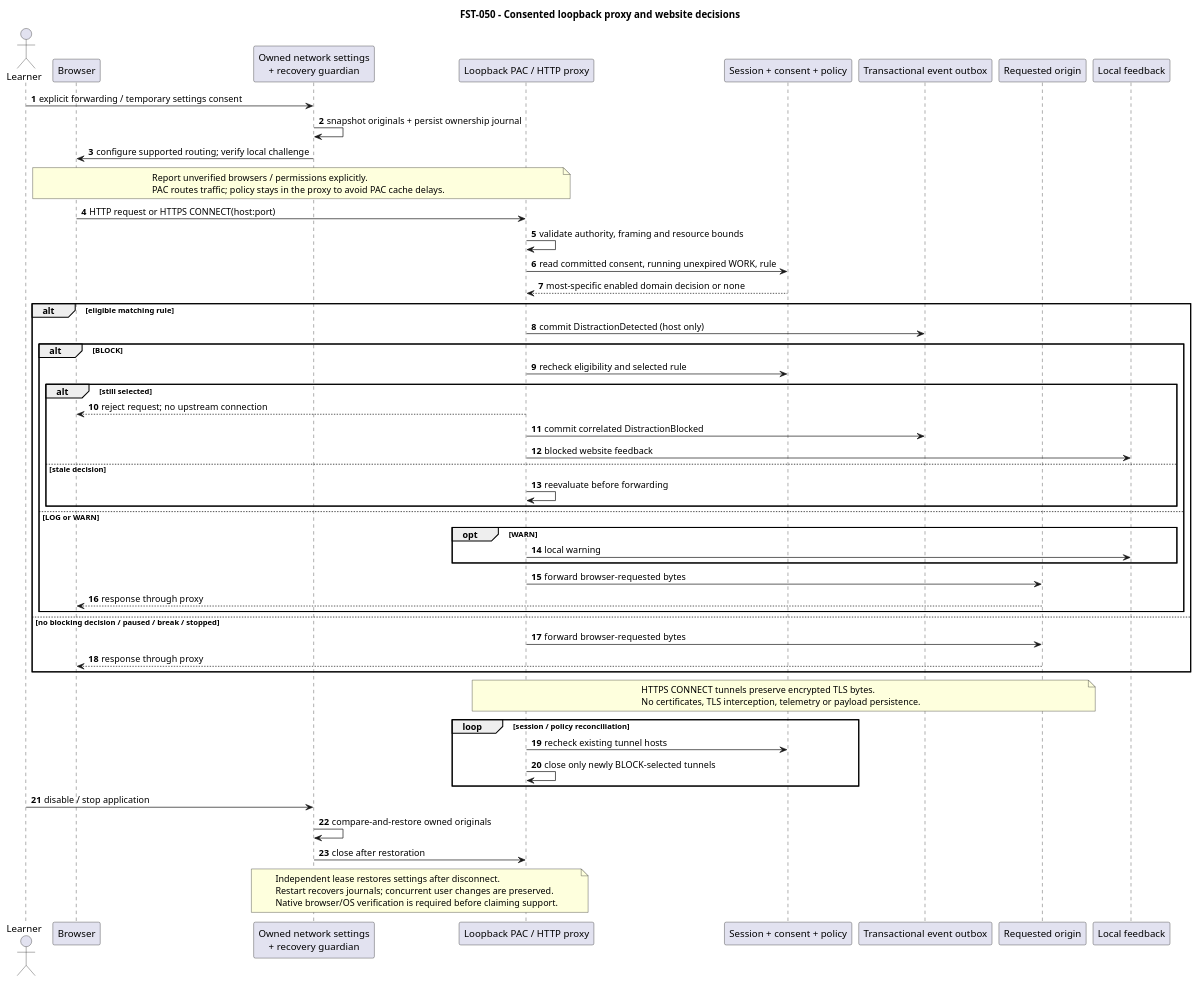
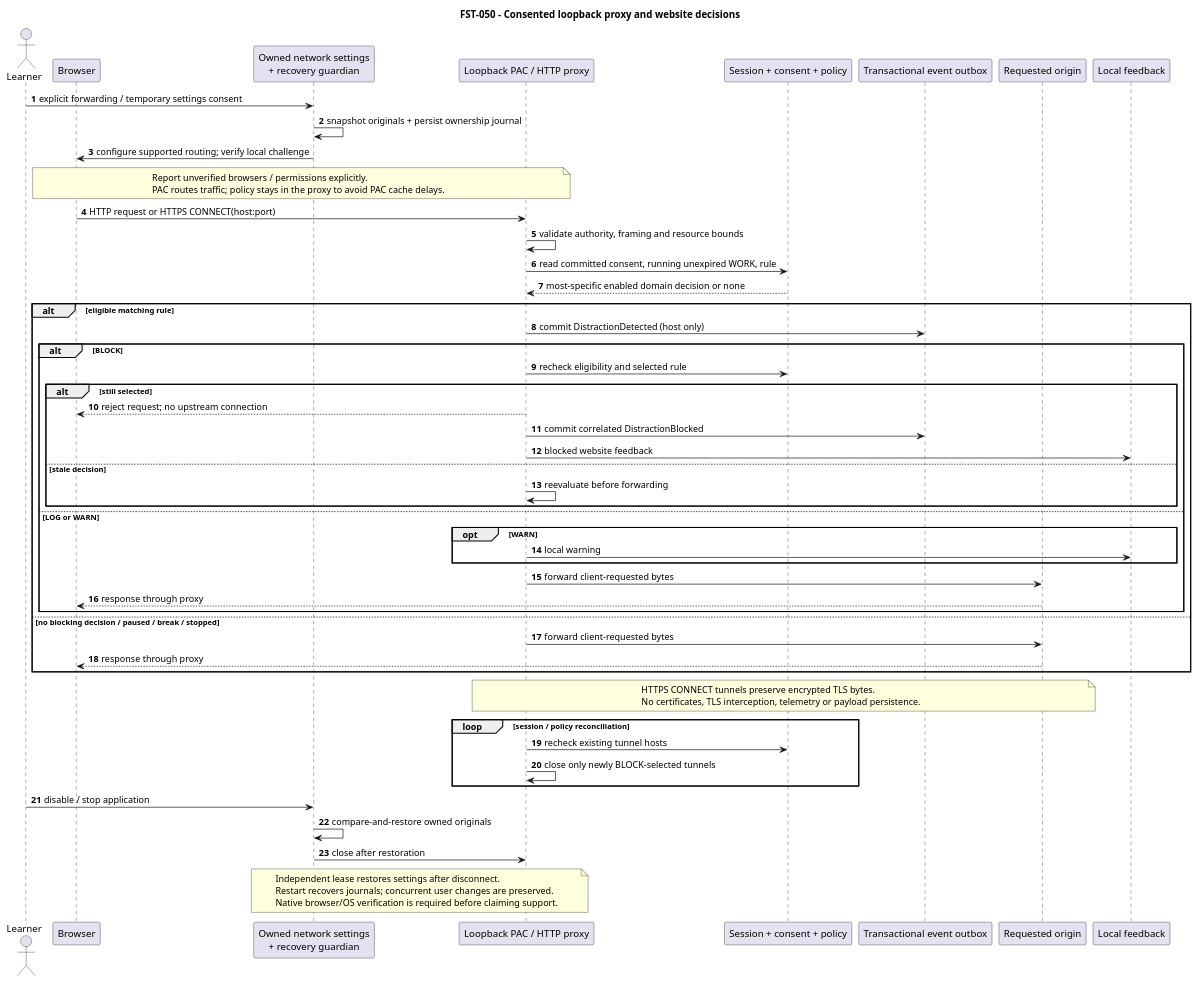
Before and after one commit to MiguelRibeiro1210/Focus-and-Study-Tracking: the diagram in docs/SD/SD_DetectAndBlockWebsite.puml, drawn with PlantUML. The commit also changed 5 other files, not shown here.

First line of the commit message:
docs(blocking): clarify consent for system proxy client traffic

```diff
--- a/docs/SD/SD_DetectAndBlockWebsite.puml
+++ b/docs/SD/SD_DetectAndBlockWebsite.puml
@@ -1,61 +1,61 @@
 @startuml
 title FST-050 - Consented loopback proxy and website decisions
 autonumber
 actor Learner
 participant Browser
 participant "Owned network settings\n+ recovery guardian" as Settings
 participant "Loopback PAC / HTTP proxy" as Proxy
 participant "Session + consent + policy" as Current
 participant "Transactional event outbox" as Events
 participant "Requested origin" as Origin
 participant "Local feedback" as UI
 Learner -> Settings : explicit forwarding / temporary settings consent
 Settings -> Settings : snapshot originals + persist ownership journal
 Settings -> Browser : configure supported routing; verify local challenge
 note over Browser, Proxy
   Report unverified browsers / permissions explicitly.
   PAC routes traffic; policy stays in the proxy to avoid PAC cache delays.
 end note
 Browser -> Proxy : HTTP request or HTTPS CONNECT(host:port)
 Proxy -> Proxy : validate authority, framing and resource bounds
 Proxy -> Current : read committed consent, running unexpired WORK, rule
 Current --> Proxy : most-specific enabled domain decision or none
 alt eligible matching rule
   Proxy -> Events : commit DistractionDetected (host only)
   alt BLOCK
     Proxy -> Current : recheck eligibility and selected rule
     alt still selected
       Proxy --> Browser : reject request; no upstream connection
       Proxy -> Events : commit correlated DistractionBlocked
       Proxy -> UI : blocked website feedback
     else stale decision
       Proxy -> Proxy : reevaluate before forwarding
     end
   else LOG or WARN
     opt WARN
       Proxy -> UI : local warning
     end
-    Proxy -> Origin : forward browser-requested bytes
+    Proxy -> Origin : forward client-requested bytes
     Origin --> Browser : response through proxy
   end
 else no blocking decision / paused / break / stopped
-  Proxy -> Origin : forward browser-requested bytes
+  Proxy -> Origin : forward client-requested bytes
   Origin --> Browser : response through proxy
 end
 note over Proxy, Origin
   HTTPS CONNECT tunnels preserve encrypted TLS bytes.
   No certificates, TLS interception, telemetry or payload persistence.
 end note
 loop session / policy reconciliation
   Proxy -> Current : recheck existing tunnel hosts
   Proxy -> Proxy : close only newly BLOCK-selected tunnels
 end
 Learner -> Settings : disable / stop application
 Settings -> Settings : compare-and-restore owned originals
 Settings -> Proxy : close after restoration
 note over Settings, Proxy
   Independent lease restores settings after disconnect.
   Restart recovers journals; concurrent user changes are preserved.
   Native browser/OS verification is required before claiming support.
 end note
 @enduml
```
